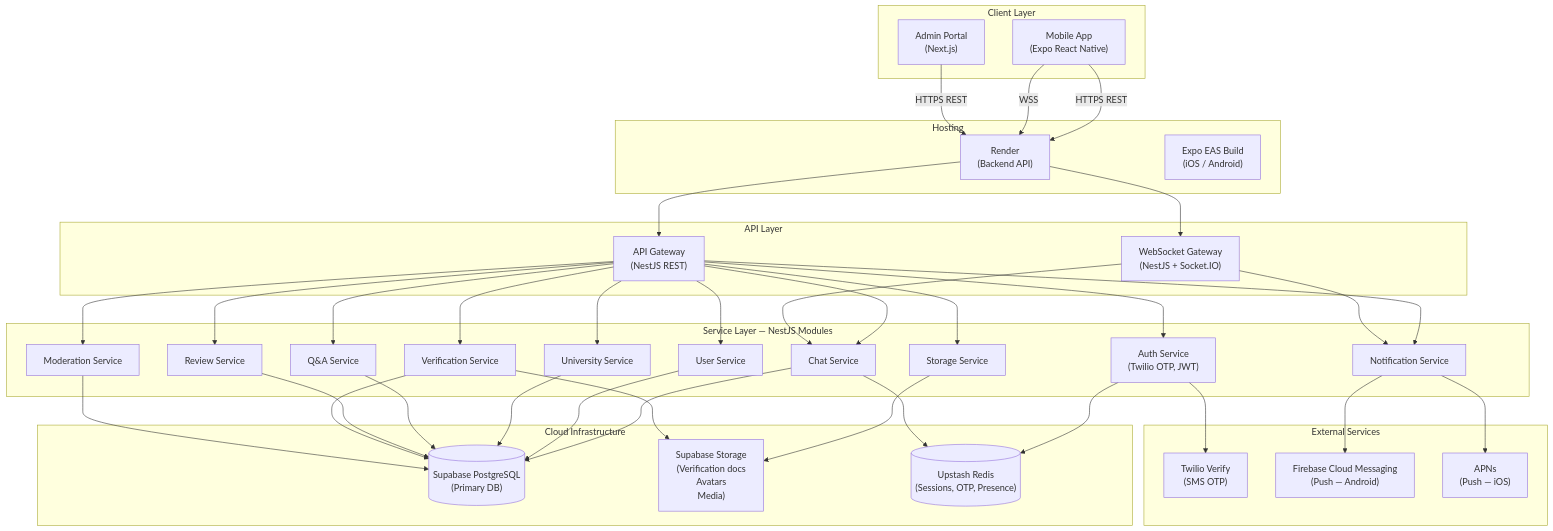
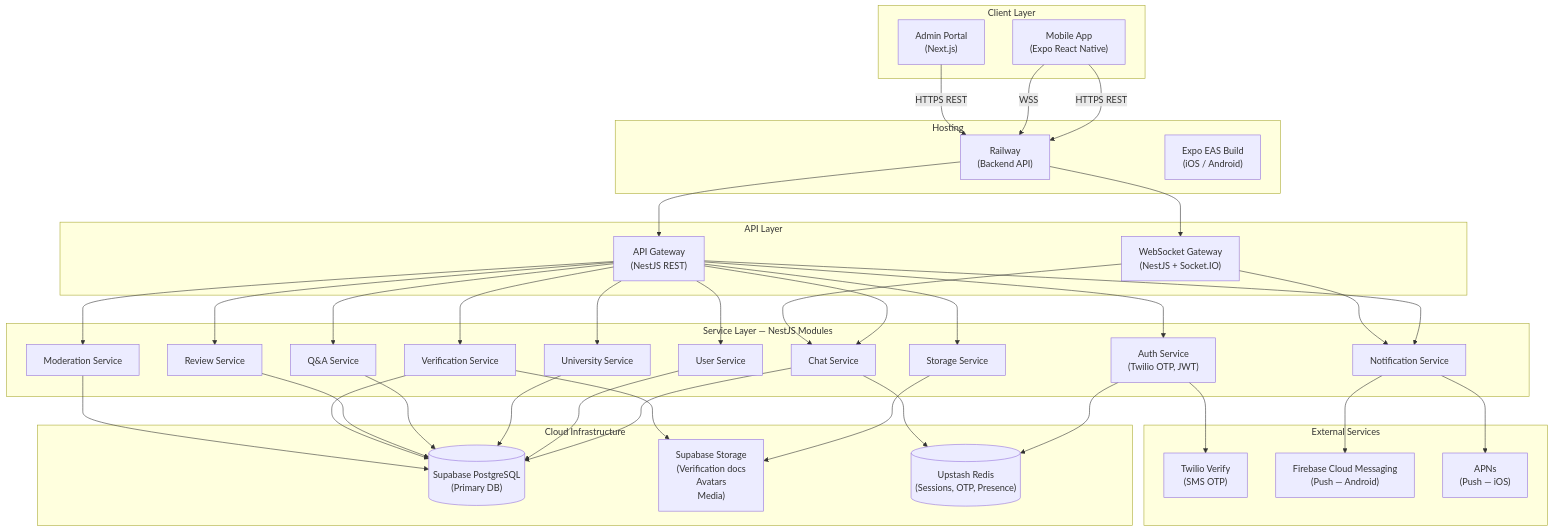
Before and after one commit to zenter-india/uniscope: the first of 5 diagrams in docs/architecture/system-architecture-v1.md, drawn with Mermaid. The commit also changed other lines of this file and 9 other files, not shown here.

First line of the commit message:
chore: remove Render entirely — production is confirmed Railway

````diff
--- a/docs/architecture/system-architecture-v1.md
+++ b/docs/architecture/system-architecture-v1.md
@@ -16,56 +16,56 @@
 ```mermaid
 flowchart TB
     subgraph clients [Client Layer]
         Mobile["Mobile App\n(Expo React Native)"]
         AdminPortal["Admin Portal\n(Next.js)"]
     end
 
     subgraph hosting [Hosting]
-        Render["Render\n(Backend API)"]
+        Railway["Railway\n(Backend API)"]
         EAS["Expo EAS Build\n(iOS / Android)"]
     end
 
     subgraph api [API Layer]
         Gateway["API Gateway\n(NestJS REST)"]
         WS["WebSocket Gateway\n(NestJS + Socket.IO)"]
     end
 
     subgraph services [Service Layer — NestJS Modules]
         AuthSvc["Auth Service\n(Twilio OTP, JWT)"]
         UserSvc["User Service"]
         UnivSvc["University Service"]
         QASvc["Q&A Service"]
         ReviewSvc["Review Service"]
         ChatSvc["Chat Service"]
         VerifSvc["Verification Service"]
         NotifSvc["Notification Service"]
         ModerationSvc["Moderation Service"]
         StorageSvc["Storage Service"]
     end
 
     subgraph cloud [Cloud Infrastructure]
         Supabase[("Supabase PostgreSQL\n(Primary DB)")]
         SupabaseStorage["Supabase Storage\n(Verification docs\nAvatars\nMedia)"]
         Upstash[("Upstash Redis\n(Sessions, OTP, Presence)")]
     end
 
     subgraph external [External Services]
         Twilio["Twilio Verify\n(SMS OTP)"]
         FCM["Firebase Cloud Messaging\n(Push — Android)"]
         APNS["APNs\n(Push — iOS)"]
     end
 
-    Mobile -->|HTTPS REST| Render
-    Mobile -->|WSS| Render
-    AdminPortal -->|HTTPS REST| Render
-    Render --> Gateway & WS
+    Mobile -->|HTTPS REST| Railway
+    Mobile -->|WSS| Railway
+    AdminPortal -->|HTTPS REST| Railway
+    Railway --> Gateway & WS
     Gateway --> AuthSvc & UserSvc & UnivSvc & QASvc & ReviewSvc & ChatSvc & VerifSvc & NotifSvc & ModerationSvc & StorageSvc
     WS --> ChatSvc & NotifSvc
     AuthSvc --> Upstash
     AuthSvc --> Twilio
     ChatSvc --> Supabase & Upstash
     NotifSvc --> FCM & APNS
     UserSvc & UnivSvc & QASvc & ReviewSvc & VerifSvc & ModerationSvc --> Supabase
     StorageSvc --> SupabaseStorage
     VerifSvc --> SupabaseStorage
 ```
````
